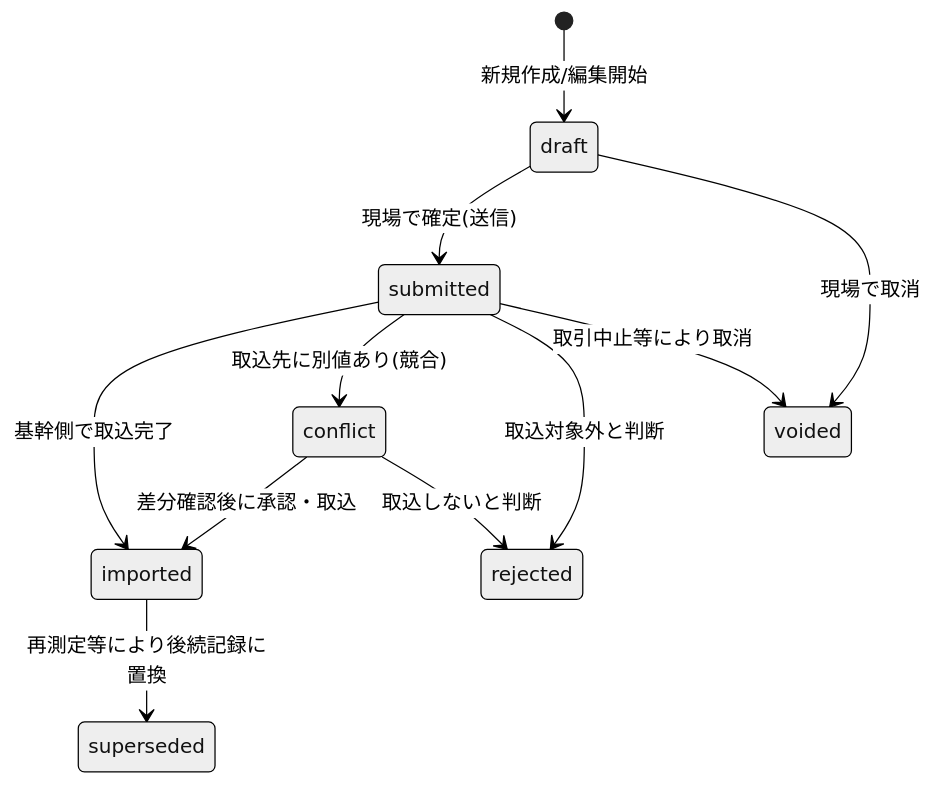
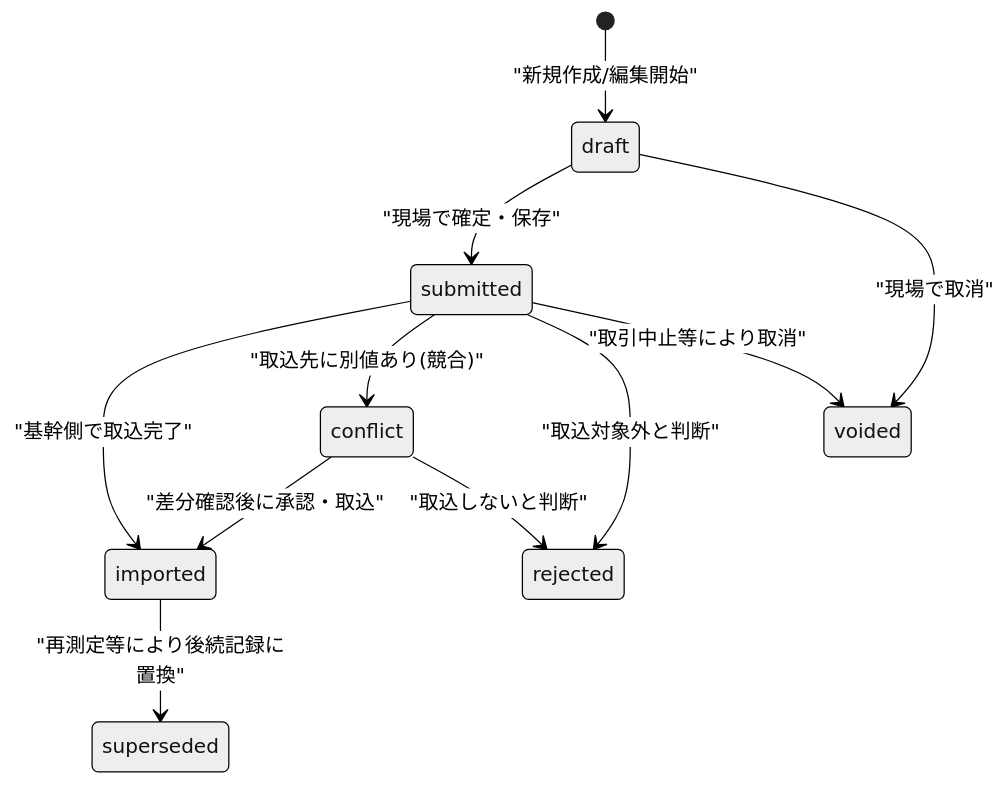
One commit to sakku0039/FieldTester changed the fifth of 11 diagrams in docs/Labonity用現場試験アプリ_設計書_v1.0.md. Above: the diagram before and after it, drawn with Mermaid (neutral theme). The commit also changed other lines of this file, not shown here.

````diff
--- a/docs/Labonity用現場試験アプリ_設計書_v1.0.md
+++ b/docs/Labonity用現場試験アプリ_設計書_v1.0.md
@@ -289,13 +289,13 @@
 ```mermaid
 stateDiagram-v2
-    [*] --> draft: 新規作成/編集開始
-    draft --> submitted: 現場で確定(送信)
-    draft --> voided: 現場で取消
-    submitted --> imported: 基幹側で取込完了
-    submitted --> conflict: 取込先に別値あり(競合)
-    submitted --> rejected: 取込対象外と判断
-    submitted --> voided: 取引中止等により取消
-    conflict --> imported: 差分確認後に承認・取込
-    conflict --> rejected: 取込しないと判断
-    imported --> superseded: 再測定等により後続記録に置換
+    [*] --> draft : "新規作成/編集開始"
+    draft --> submitted : "現場で確定・保存"
+    draft --> voided : "現場で取消"
+    submitted --> imported : "基幹側で取込完了"
+    submitted --> conflict : "取込先に別値あり(競合)"
+    submitted --> rejected : "取込対象外と判断"
+    submitted --> voided : "取引中止等により取消"
+    conflict --> imported : "差分確認後に承認・取込"
+    conflict --> rejected : "取込しないと判断"
+    imported --> superseded : "再測定等により後続記録に置換"
 ```
````
